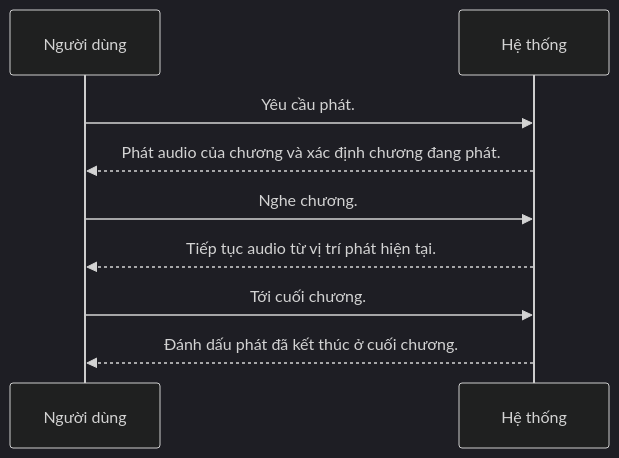
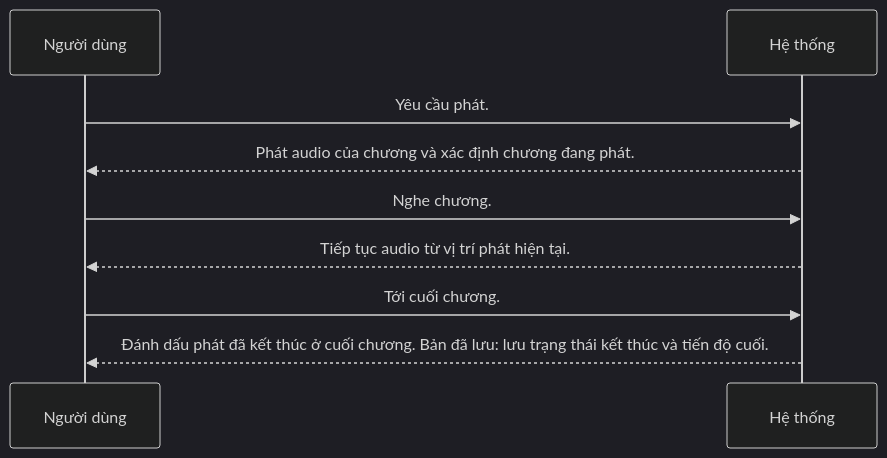
Before and after one commit to BuhDuy256/novsay: the diagram in docs/spec/02-use-cases/UC-002.md, drawn with Mermaid (dark theme). The commit also changed other lines of this file and 17 other files, not shown here.

````diff
--- a/docs/spec/02-use-cases/UC-002.md
+++ b/docs/spec/02-use-cases/UC-002.md
@@ -12,11 +12,11 @@
 ```mermaid
 sequenceDiagram
   participant U as Người dùng
   participant S as Hệ thống
   U->>S: Yêu cầu phát.
   S-->>U: Phát audio của chương và xác định chương đang phát.
   U->>S: Nghe chương.
   S-->>U: Tiếp tục audio từ vị trí phát hiện tại.
   U->>S: Tới cuối chương.
-  S-->>U: Đánh dấu phát đã kết thúc ở cuối chương.
+  S-->>U: Đánh dấu phát đã kết thúc ở cuối chương. Bản đã lưu: lưu trạng thái kết thúc và tiến độ cuối.
 ```
````
